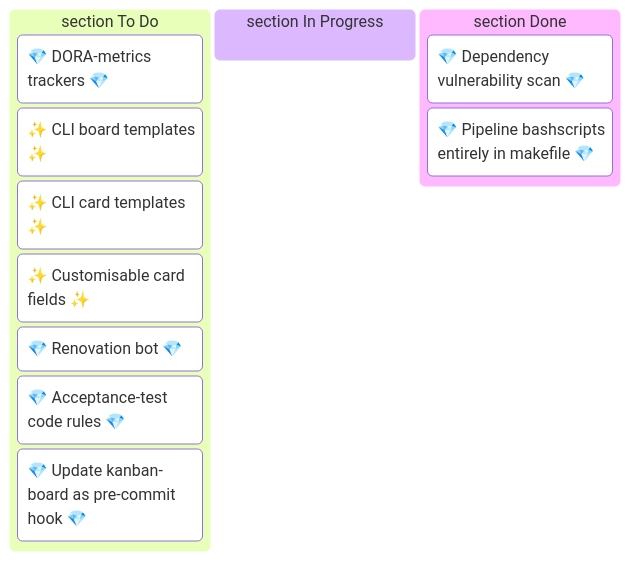
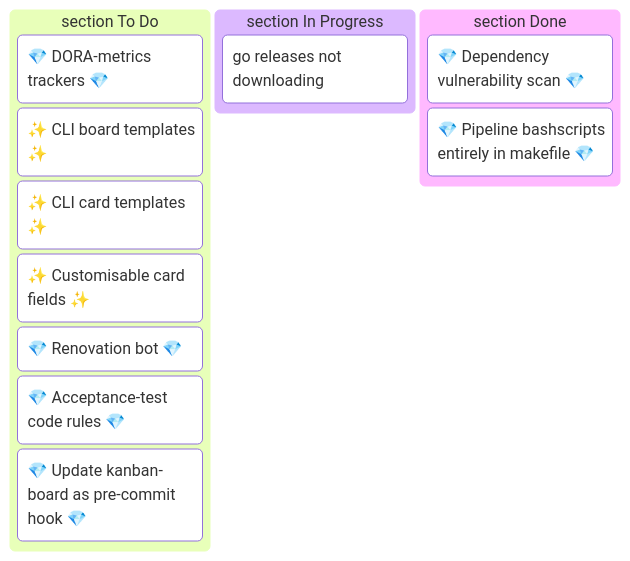
One commit to jmsargent/Kanban changed the diagram in README.md. Above: the diagram before and after it, drawn with Mermaid. The commit also changed other lines of this file and 4 other files, not shown here.

````diff
--- a/README.md
+++ b/README.md
@@ -8,15 +8,16 @@
 ```mermaid
 kanban
   section To Do
     TASK-001@{ label: "💎 DORA-metrics trackers 💎" }
     TASK-002@{ label: "✨ CLI board templates ✨" }
     TASK-003@{ label: "✨ CLI card templates ✨" }
     TASK-004@{ label: "✨ Customisable card fields ✨" }
     TASK-005@{ label: "💎 Renovation bot 💎" }
     TASK-008@{ label: "💎 Acceptance-test code rules 💎" }
     TASK-009@{ label: "💎 Update kanban-board as pre-commit hook 💎" }
   section In Progress
+    TASK-010@{ label: "go releases not downloading" }
   section Done
     TASK-006@{ label: "💎 Dependency vulnerability scan 💎" }
     TASK-007@{ label: "💎 Pipeline bashscripts entirely in makefile 💎" }
 ```
````
